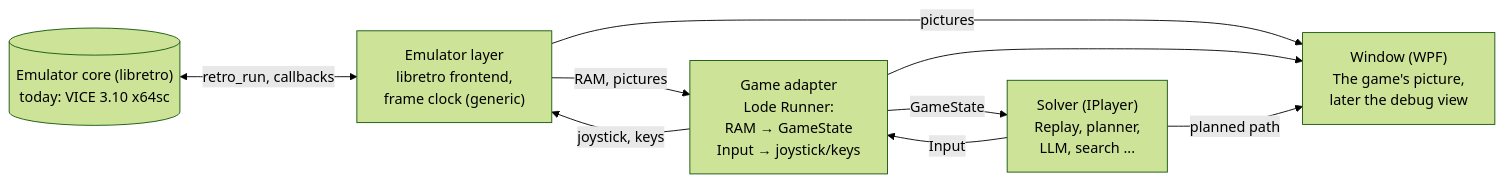
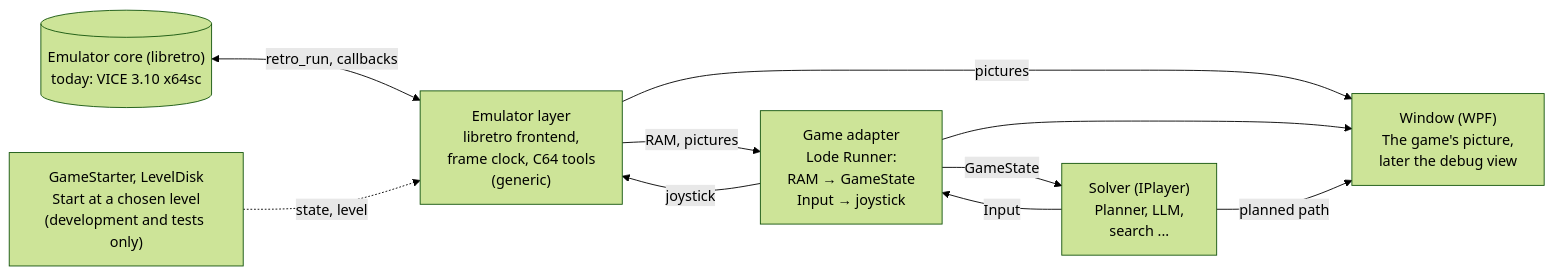
Before and after one commit to ColanderLepus/c64bot: the diagram in docs/PLAN.md, drawn with Mermaid (forest theme). The commit also changed other lines of this file and 28 other files, not shown here.

````diff
--- a/docs/PLAN.md
+++ b/docs/PLAN.md
@@ -48,17 +48,19 @@
 ```mermaid
 flowchart LR
     CORE[("Emulator core (libretro)<br/>today: VICE 3.10 x64sc")]
-    EMU["Emulator layer<br/>libretro frontend,<br/>frame clock (generic)"]
-    GAME["Game adapter<br/>Lode Runner:<br/>RAM → GameState<br/>Input → joystick/keys"]
-    SOLVER["Solver (IPlayer)<br/>Replay, planner,<br/>LLM, search ..."]
+    EMU["Emulator layer<br/>libretro frontend,<br/>frame clock, C64 tools<br/>(generic)"]
+    GAME["Game adapter<br/>Lode Runner:<br/>RAM → GameState<br/>Input → joystick"]
+    SOLVER["Solver (IPlayer)<br/>Planner, LLM,<br/>search ..."]
+    START["GameStarter, LevelDisk<br/>Start at a chosen level<br/>(development and tests only)"]
     WINDOW["Window (WPF)<br/>The game's picture,<br/>later the debug view"]
 
     CORE <-->|"retro_run, callbacks"| EMU
     EMU -->|"RAM, pictures"| GAME
     GAME -->|"GameState"| SOLVER
     SOLVER -->|"Input"| GAME
-    GAME -->|"joystick, keys"| EMU
+    GAME -->|"joystick"| EMU
+    START -.->|"state, level"| EMU
     EMU -->|"pictures"| WINDOW
     GAME --> WINDOW
     SOLVER -->|"planned path"| WINDOW
 ```
````
